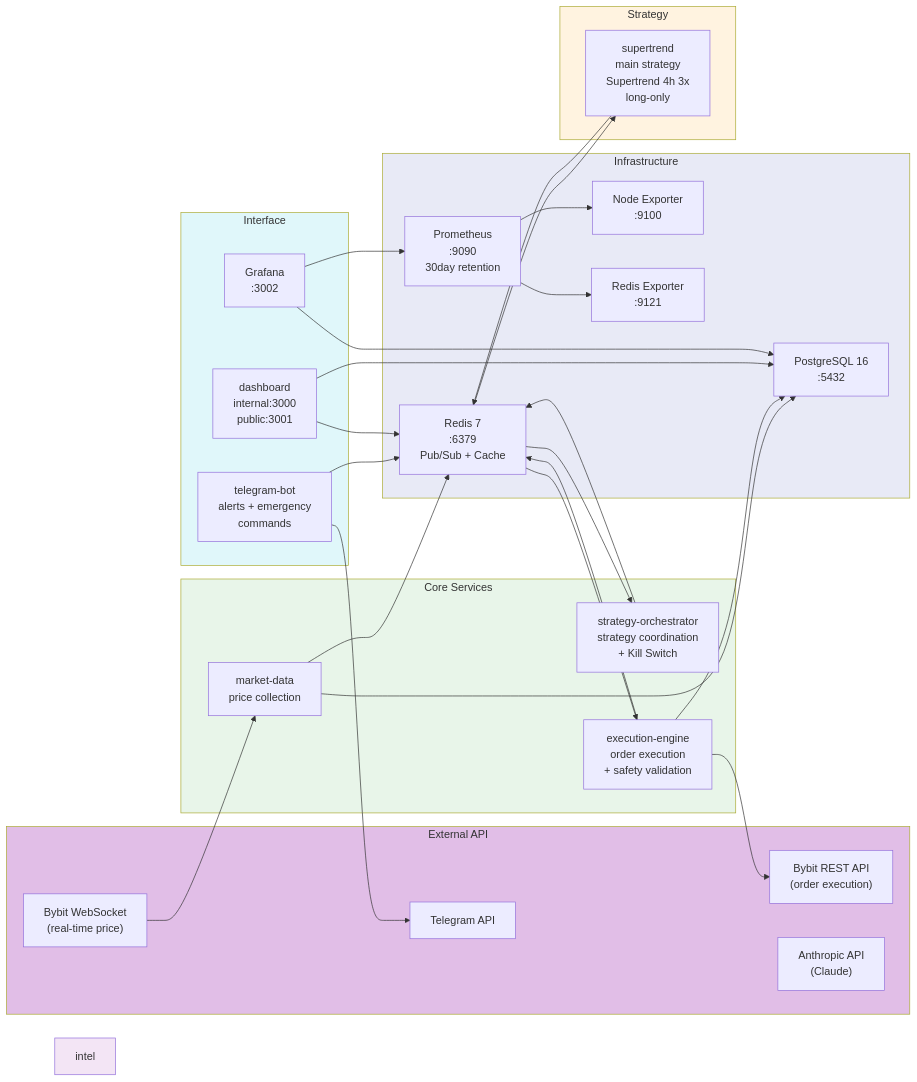
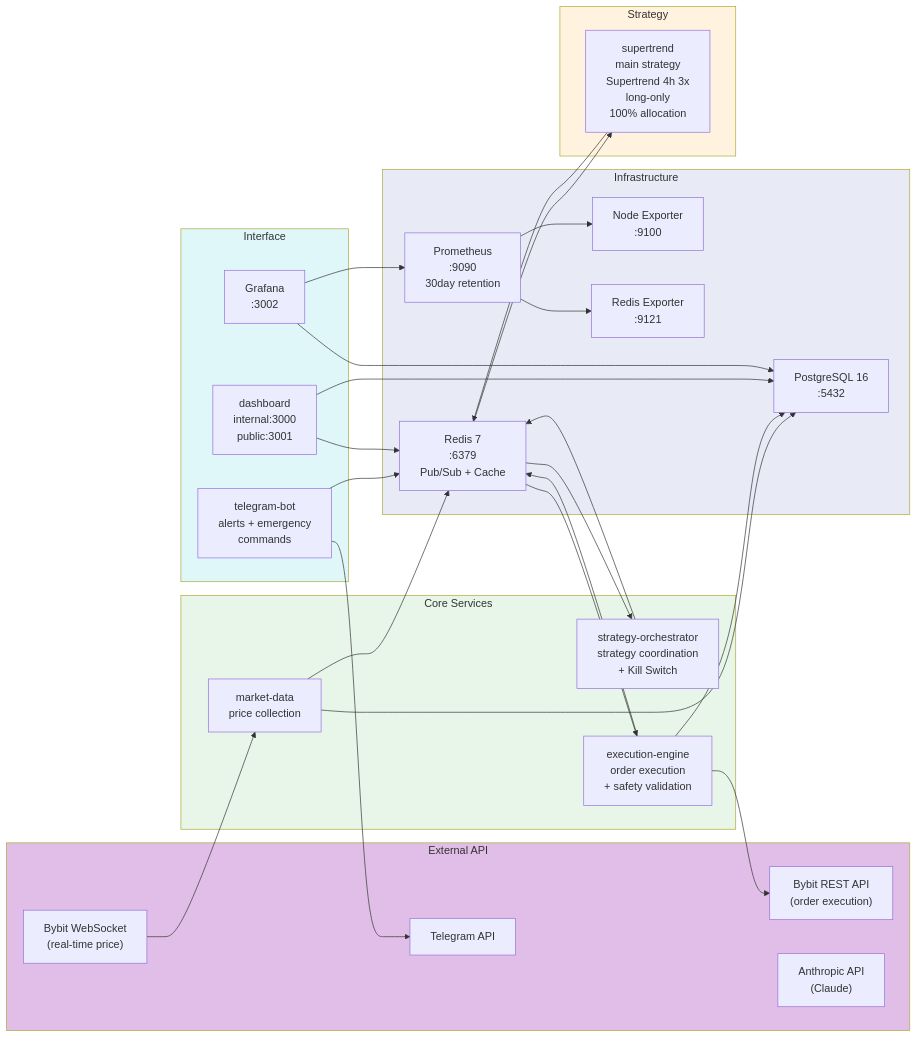
The second of 3 diagrams in docs/architecture/system-overview.md (Justant-source/Bit-Mania), drawn with Mermaid before and after one commit. The commit also changed other lines of this file and 34 other files, not shown here.

````diff
--- a/docs/architecture/system-overview.md
+++ b/docs/architecture/system-overview.md
@@ -175,60 +166,59 @@
 ```mermaid
 graph LR
     subgraph ext["External API"]
         bybit_ws["Bybit WebSocket<br>(real-time price)"]
         bybit_rest["Bybit REST API<br>(order execution)"]
         telegram_api["Telegram API"]
         anthropic_api["Anthropic API<br>(Claude)"]
     end
 
     subgraph infra["Infrastructure"]
         pg["PostgreSQL 16<br>:5432"]
         redis["Redis 7<br>:6379<br>Pub/Sub + Cache"]
         prom["Prometheus<br>:9090<br>30day retention"]
         node_exp["Node Exporter<br>:9100"]
         redis_exp["Redis Exporter<br>:9121"]
     end
 
     subgraph core["Core Services"]
         market_data["market-data<br>price collection"]
         orchestrator["strategy-orchestrator<br>strategy coordination<br>+ Kill Switch"]
         execution["execution-engine<br>order execution<br>+ safety validation"]
     end
 
     subgraph strat["Strategy"]
-        supertrend["supertrend<br>main strategy<br>Supertrend 4h 3x<br>long-only"]
+        supertrend["supertrend<br>main strategy<br>Supertrend 4h 3x<br>long-only<br>100% allocation"]
     end
 
     subgraph iface["Interface"]
         tg_bot["telegram-bot<br>alerts + emergency<br>commands"]
         dash["dashboard<br>internal:3000<br>public:3001"]
         grafana["Grafana<br>:3002"]
     end
 
     bybit_ws --> market_data
     market_data --> pg
     market_data --> redis
     redis --> orchestrator
     redis --> supertrend
     orchestrator --> redis
     supertrend --> redis
     redis --> execution
     execution --> bybit_rest
     execution --> pg
     execution --> redis
     tg_bot --> telegram_api
     tg_bot --> redis
     dash --> pg
     dash --> redis
     grafana --> pg
     grafana --> prom
     prom --> node_exp
     prom --> redis_exp
 
     style ext fill:#E1BEE7
     style infra fill:#E8EAF6
     style core fill:#E8F5E9
     style strat fill:#FFF3E0
-    style intel fill:#F3E5F5
     style iface fill:#E0F7FA
 ```
````
